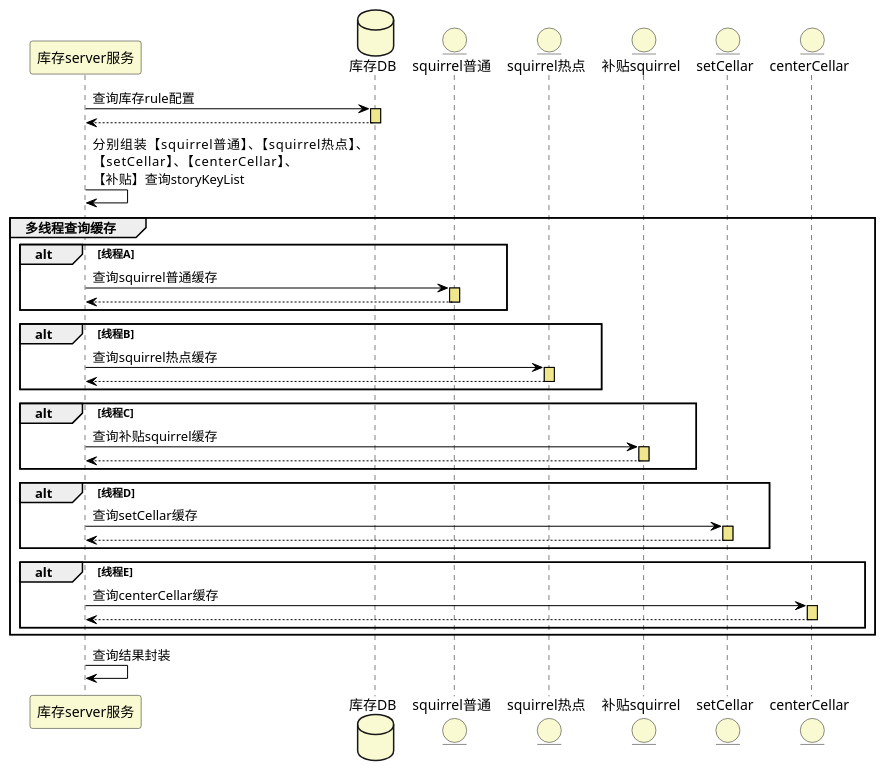
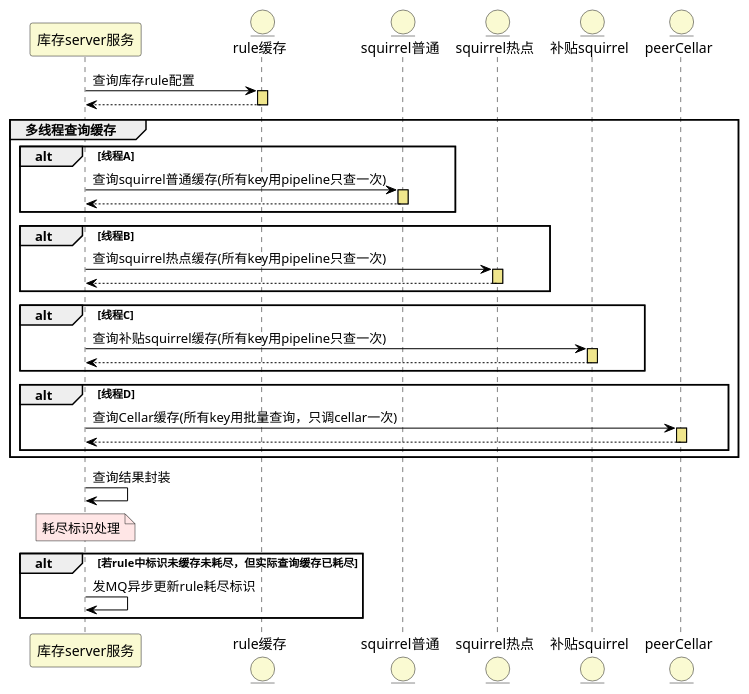
The diagram in src/coupon/new/Query.puml (zhangbotong/mt-plantuml), drawn with PlantUML before and after one commit. The commit also changed 9 other files, not shown here.

```diff
--- a/src/coupon/new/Query.puml
+++ b/src/coupon/new/Query.puml
@@ -1,48 +1,50 @@
 @startuml
 skinparam DatabaseBackgroundColor lightgoldenrodyellow
 skinparam EntityBackgroundColor lightgoldenrodyellow
 skinparam sequence {
     ArrowColor black
     LifeLineBorderColor black
     LifeLineBackgroundColor khaki
     ParticipantBackgroundColor lightgoldenrodyellow
 }
 
+skinparam note {
+    BackgroundColor #FFE6E6
+}
+
 participant 库存server服务 as QS
-database 库存DB as DB
+entity rule缓存 as DB
 entity squirrel普通 as SN
 entity squirrel热点 as SH
 entity 补贴squirrel as SS
-entity setCellar as SC
-entity centerCellar as CC
+entity peerCellar as PC
 
 QS -> DB++: 查询库存rule配置
 return
 
-QS -> QS: 分别组装【squirrel普通】、【squirrel热点】、\n【setCellar】、【centerCellar】、\n【补贴】查询storyKeyList
-
 group 多线程查询缓存
     alt 线程A
-        QS -> SN++: 查询squirrel普通缓存
+        QS -> SN++: 查询squirrel普通缓存(所有key用pipeline只查一次)
         return
     end
     alt 线程B
-        QS -> SH++: 查询squirrel热点缓存
+        QS -> SH++: 查询squirrel热点缓存(所有key用pipeline只查一次)
         return
     end
     alt 线程C
-        QS -> SS++: 查询补贴squirrel缓存
+        QS -> SS++: 查询补贴squirrel缓存(所有key用pipeline只查一次)
         return
     end
     alt 线程D
-        QS -> SC++: 查询setCellar缓存
-        return
-    end
-    alt 线程E
-        QS -> CC++: 查询centerCellar缓存
+        QS -> PC++: 查询Cellar缓存(所有key用批量查询，只调cellar一次)
         return
     end
 end
 
 QS -> QS: 查询结果封装
+
+note over QS: 耗尽标识处理
+alt 若rule中标识未缓存未耗尽，但实际查询缓存已耗尽
+    QS -> QS: 发MQ异步更新rule耗尽标识
+end
 @enduml
```
